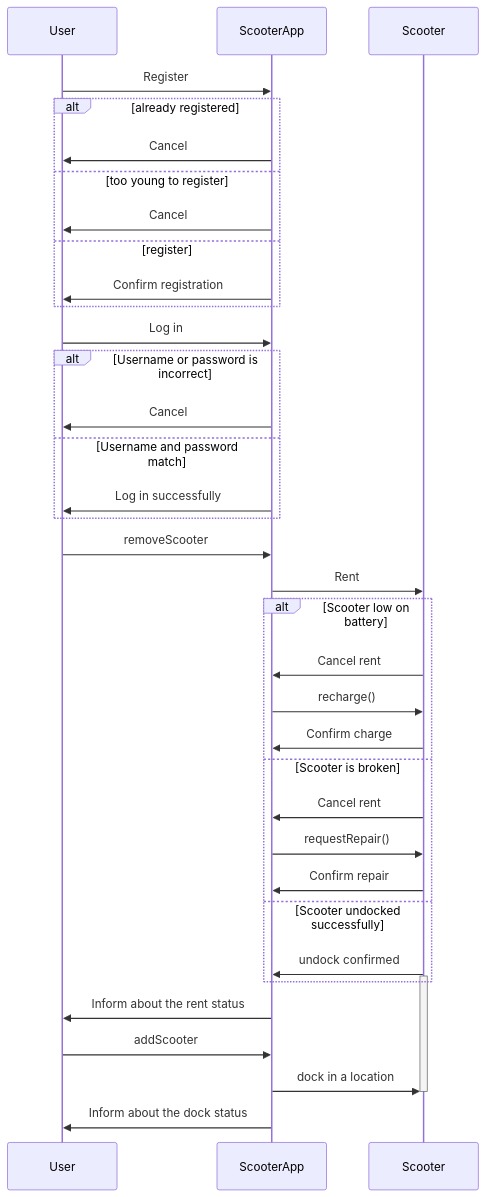
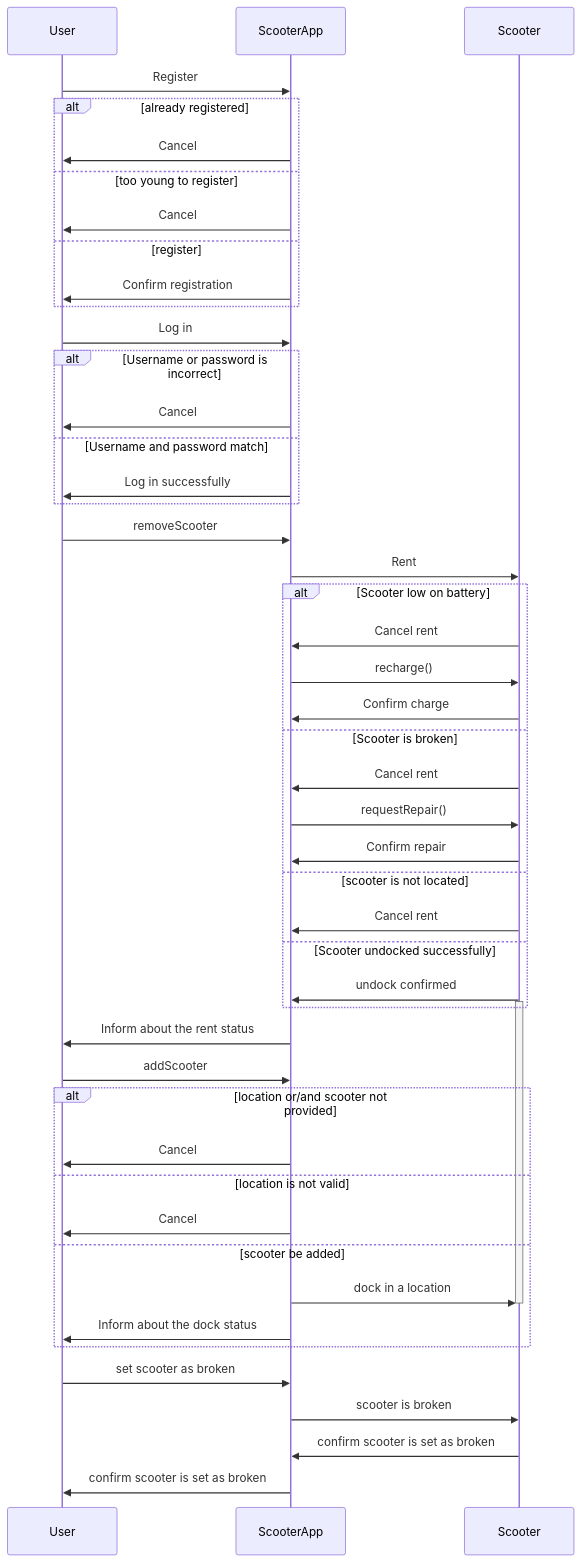
The diagram in UML/sequeceDiagram.mmd (logiflo/scooter-project), drawn with Mermaid before and after one commit. The commit also changed 2 other files, not shown here.

```diff
--- a/UML/sequeceDiagram.mmd
+++ b/UML/sequeceDiagram.mmd
@@ -1,37 +1,50 @@
 sequenceDiagram
     User ->> ScooterApp: Register
     alt already registered
         ScooterApp ->> User: Cancel
     else too young to register
         ScooterApp ->> User: Cancel
     else register
         ScooterApp ->> User: Confirm registration
     end
 
     User ->> ScooterApp: Log in
     alt Username or password is incorrect
         ScooterApp ->> User: Cancel
     else Username and password match
         ScooterApp ->> User: Log in successfully
     end
 
     User ->> ScooterApp: removeScooter
     ScooterApp ->> Scooter: Rent
     alt Scooter low on battery
         Scooter ->> ScooterApp: Cancel rent
         ScooterApp ->> Scooter: recharge()
         Scooter ->> ScooterApp: Confirm charge
     else Scooter is broken
         Scooter ->> ScooterApp: Cancel rent
         ScooterApp ->> Scooter: requestRepair()
         Scooter ->> ScooterApp: Confirm repair
+    else scooter is not located
+        Scooter ->> ScooterApp: Cancel rent
     else Scooter undocked successfully
         Scooter ->> ScooterApp: undock confirmed
     activate Scooter
     end
     ScooterApp ->> User: Inform about the rent status
 
     User ->> ScooterApp: addScooter
-    ScooterApp ->> Scooter: dock in a location
-    deactivate Scooter
-    ScooterApp ->> User: Inform about the dock status
+    alt location or/and scooter not provided
+        ScooterApp ->> User: Cancel
+    else location is not valid
+        ScooterApp ->> User: Cancel
+    else scooter be added
+        ScooterApp ->> Scooter: dock in a location
+        deactivate Scooter
+        ScooterApp ->> User: Inform about the dock status
+    end
+
+    User ->> ScooterApp: set scooter as broken
+    ScooterApp ->> Scooter: scooter is broken
+    Scooter ->> ScooterApp: confirm scooter is set as broken
+    ScooterApp ->> User: confirm scooter is set as broken
```
